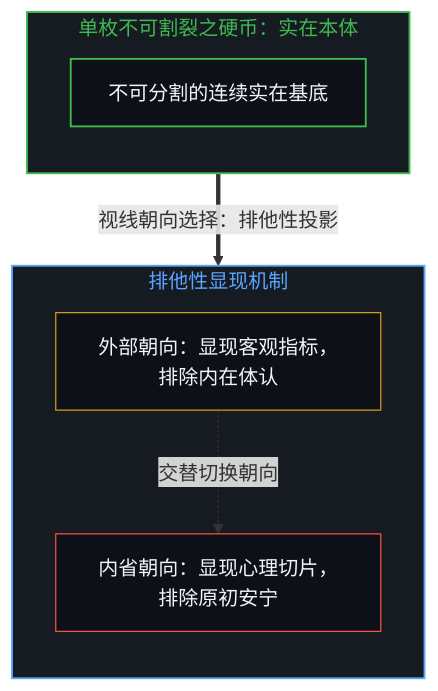
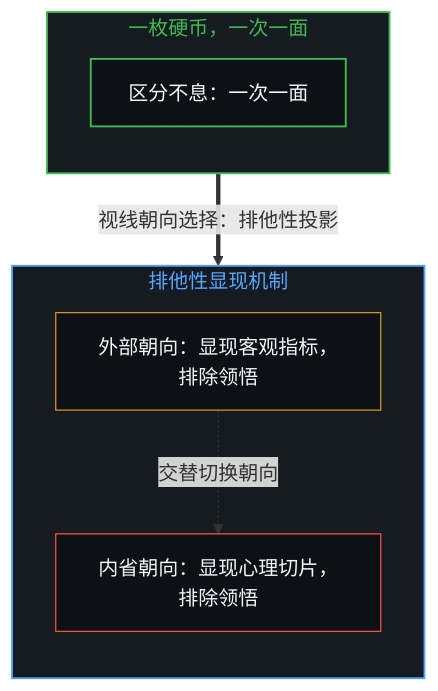
One commit to powerpig99/not-a-toe changed the third of 6 diagrams in content/posts/the-grammar-of-finding-and-the-fading-observer.md. Above: the diagram before and after it, drawn with Mermaid. The commit also changed other lines of this file and 1 other file, not shown here.

````diff
--- a/content/posts/the-grammar-of-finding-and-the-fading-observer.md
+++ b/content/posts/the-grammar-of-finding-and-the-fading-observer.md
@@ -83,21 +83,21 @@
 ```mermaid
 graph TD
-    subgraph S_Coin ["单枚不可割裂之硬币：实在本体"]
+    subgraph S_Coin ["一枚硬币，一次一面"]
         direction TB
         style S_Coin fill:#161b22,stroke:#3fb950,stroke-width:1.5px,color:#3fb950
-        C["不可分割的连续实在基底"]
+        C["区分不息：一次一面"]
         style C fill:#0d1117,stroke:#3fb950,stroke-width:1.5px,color:#f0f6fc
     end
 
     C ==>|"视线朝向选择：排他性投影"| F1
 
     subgraph S_Orientations ["排他性显现机制"]
         direction TB
         style S_Orientations fill:#161b22,stroke:#58a6ff,stroke-width:1.5px,color:#58a6ff
-        F1["外部朝向：显现客观指标，排除内在体认"]
-        F2["内省朝向：显现心理切片，排除原初安宁"]
+        F1["外部朝向：显现客观指标，排除领悟"]
+        F2["内省朝向：显现心理切片，排除领悟"]
         F1 -.->|"交替切换朝向"| F2
         style F1 fill:#0d1117,stroke:#d29922,stroke-width:1px,color:#f0f6fc
         style F2 fill:#0d1117,stroke:#f85149,stroke-width:1px,color:#f0f6fc
     end
 ```
````
